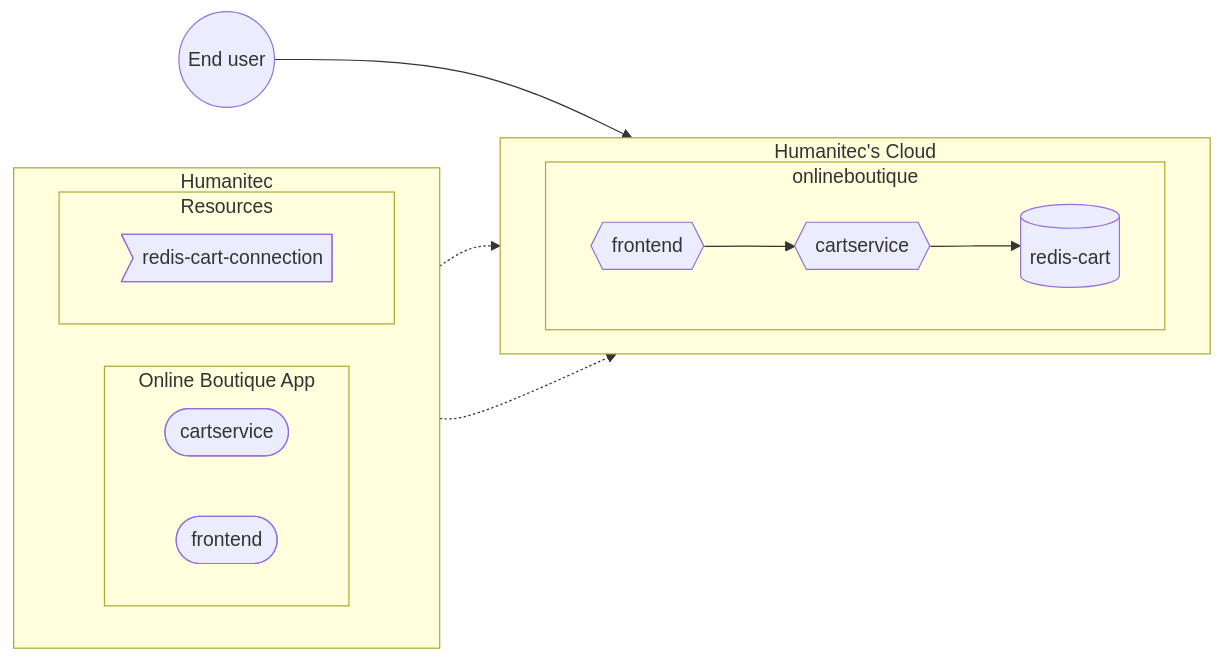
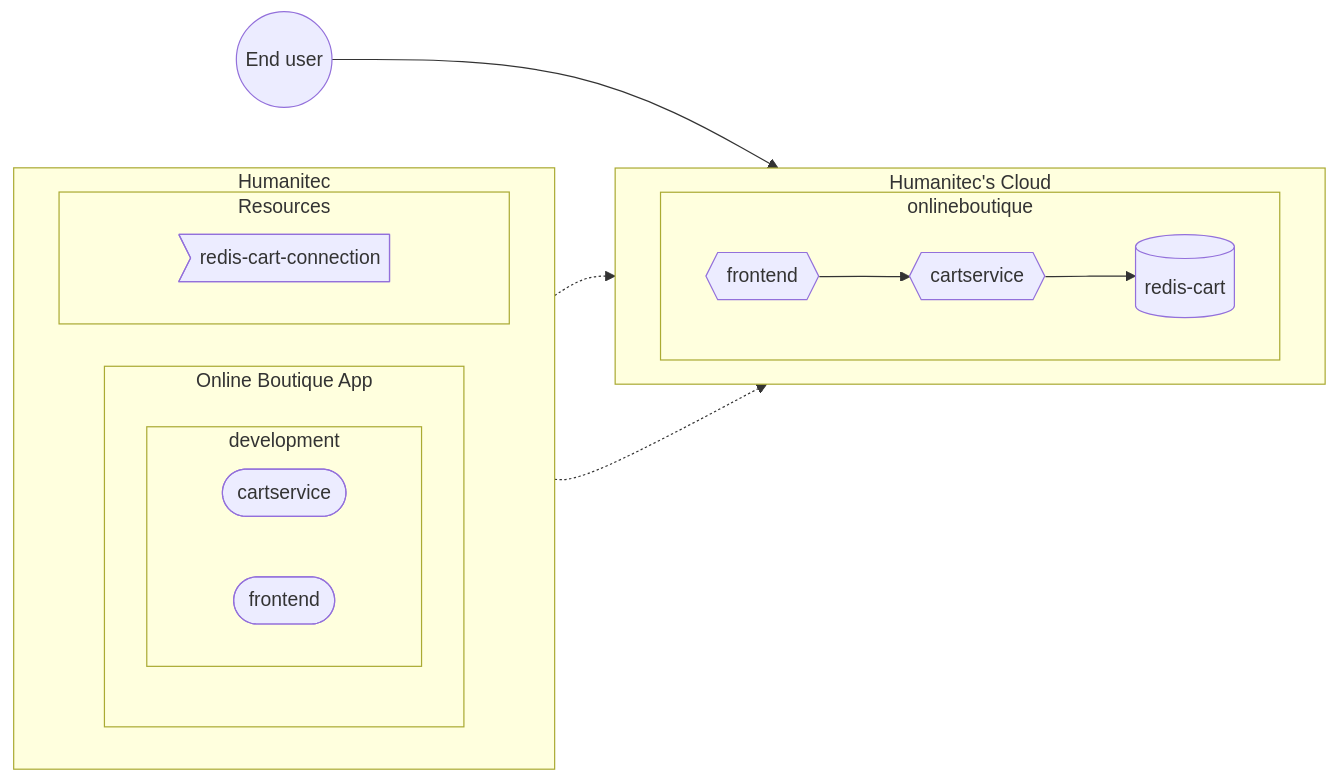
The diagram in docs/humanitec-default.md (mathieu-benoit/hello-humanitec), drawn with Mermaid before and after one commit. The commit also changed 4 other files, not shown here.

````diff
--- a/docs/humanitec-default.md
+++ b/docs/humanitec-default.md
@@ -11,24 +11,26 @@
 ```mermaid
 flowchart LR
   subgraph Humanitec
     direction LR
     subgraph onlineboutique-app [Online Boutique App]
-        direction LR
-        cartservice-workload([cartservice])
-        frontend-workload([frontend])
+        subgraph development
+          direction LR
+          cartservice-workload([cartservice])
+          frontend-workload([frontend])
+        end
     end
     subgraph Resources
         redis-cart-connection>redis-cart-connection]
     end
   end
   subgraph cloud [Humanitec's Cloud]
       direction LR
       subgraph onlineboutique
           frontend{{frontend}}-->cartservice{{cartservice}}
           cartservice-->redis-cart-db[(redis-cart)]
       end
   end
   onlineboutique-app-.->onlineboutique
   redis-cart-connection-.->redis-cart-db
   enduser((End user))-->frontend
 ```
````
